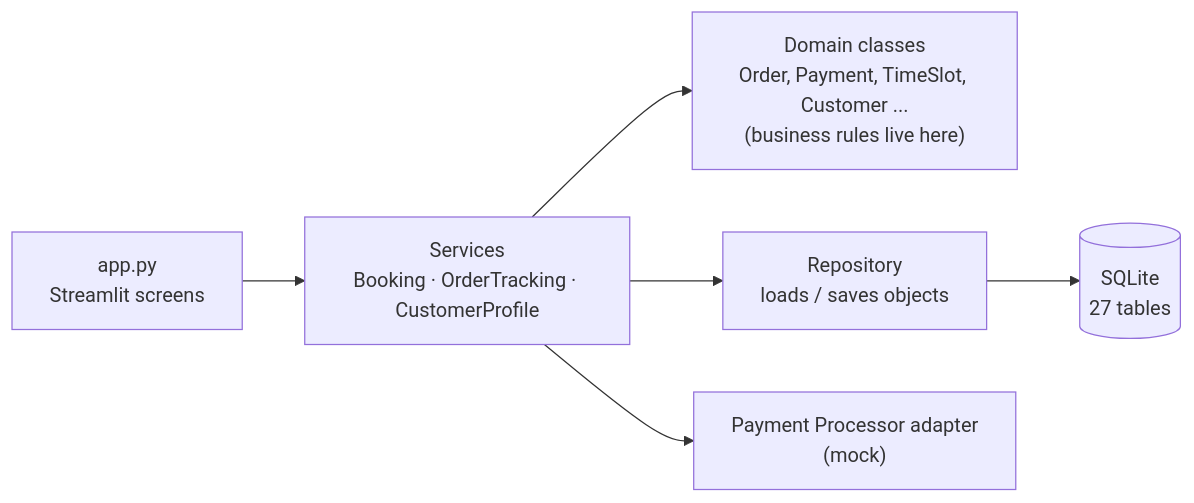
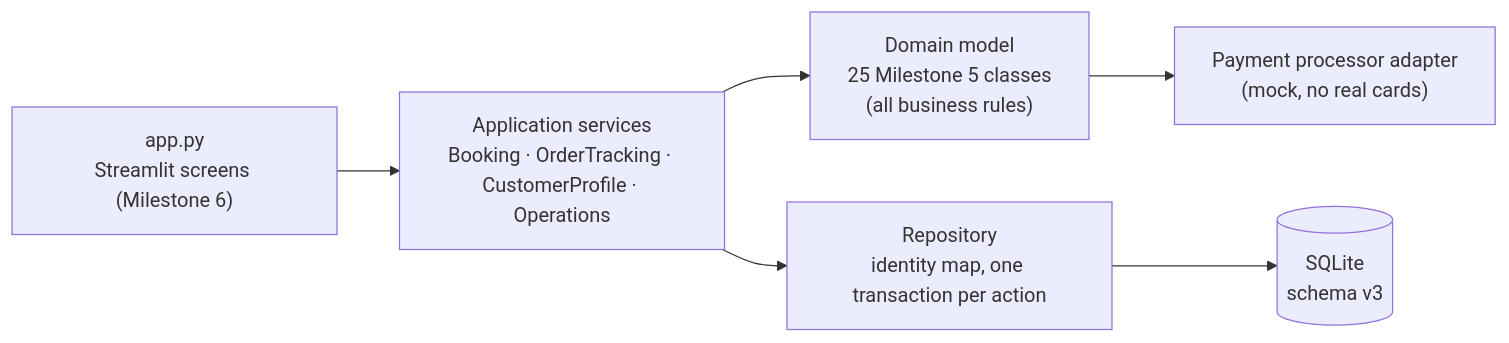
Before and after one commit to arsalanakbzx/zippywash-prototype: the diagram in README.md, drawn with Mermaid. The commit also changed other lines of this file and 14 other files, not shown here.

First line of the commit message:
Prototype 2: Milestone 6 screens, tests, README

````diff
--- a/README.md
+++ b/README.md
@@ -50,8 +60,8 @@
 ```mermaid
 flowchart LR
-    UI["app.py<br/>Streamlit screens"] --> S["Services<br/>Booking · OrderTracking · CustomerProfile"]
-    S --> D["Domain classes<br/>Order, Payment, TimeSlot, Customer ...<br/>(business rules live here)"]
-    S --> R["Repository<br/>loads / saves objects"]
-    R --> DB[("SQLite<br/>27 tables")]
-    S --> PP["Payment Processor adapter<br/>(mock)"]
+    UI["app.py<br/>Streamlit screens (Milestone 6)"] --> S["Application services<br/>Booking · OrderTracking · CustomerProfile · Operations"]
+    S --> D["Domain model<br/>25 Milestone 5 classes<br/>(all business rules)"]
+    S --> R["Repository<br/>identity map, one transaction per action"]
+    R --> DB[("SQLite<br/>schema v3")]
+    D --> PP["Payment processor adapter<br/>(mock, no real cards)"]
 ```
````
